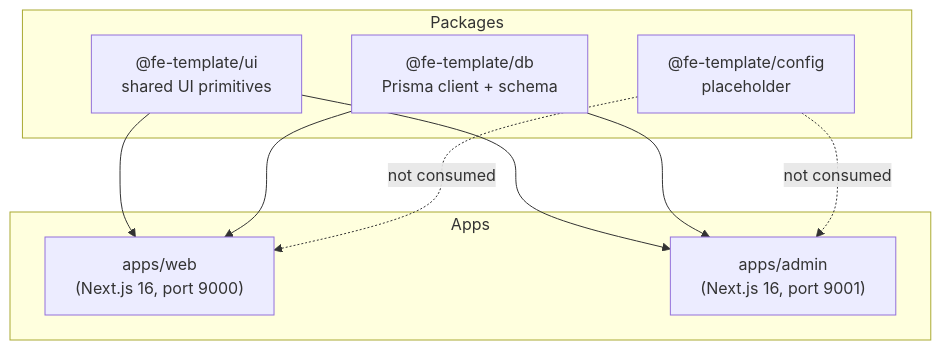
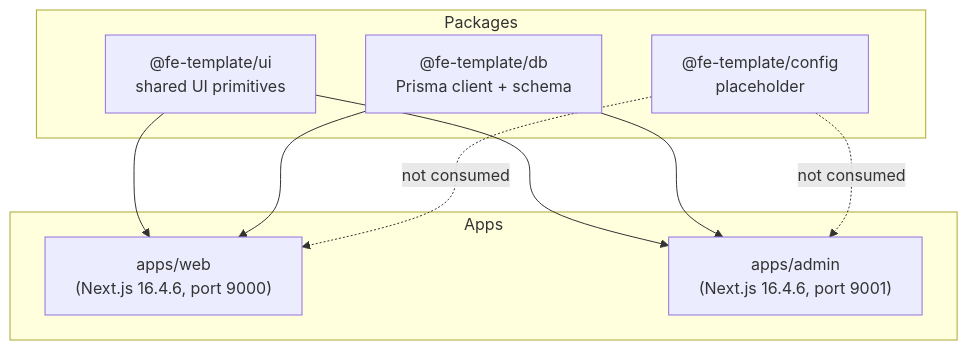
The diagram in docs/architecture.md (jose-codegourmet/fe-multi-web-template), drawn with Mermaid before and after one commit. The commit also changed other lines of this file and 54 other files, not shown here.

````diff
--- a/docs/architecture.md
+++ b/docs/architecture.md
@@ -9,20 +9,20 @@
 ```mermaid
 flowchart TD
     subgraph apps [Apps]
-        WEB["apps/web\n(Next.js 16, port 9000)"]
-        ADMIN["apps/admin\n(Next.js 16, port 9001)"]
+        WEB["apps/web\n(Next.js 16.4.6, port 9000)"]
+        ADMIN["apps/admin\n(Next.js 16.4.6, port 9001)"]
     end
 
     subgraph packages [Packages]
         UI["@fe-template/ui\nshared UI primitives"]
         DB["@fe-template/db\nPrisma client + schema"]
         CONFIG["@fe-template/config\nplaceholder"]
     end
 
     UI --> WEB
     UI --> ADMIN
     DB --> WEB
     DB --> ADMIN
     CONFIG -.->|not consumed| WEB
     CONFIG -.->|not consumed| ADMIN
 ```
````
